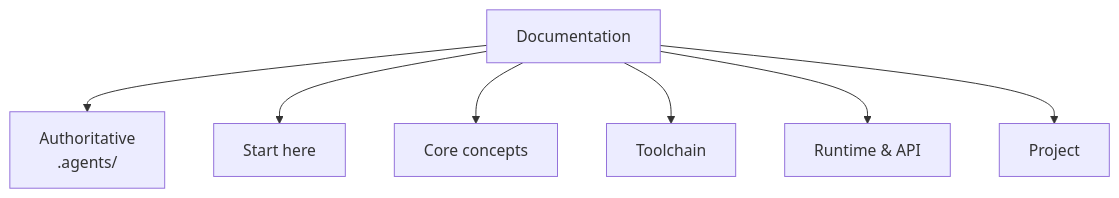
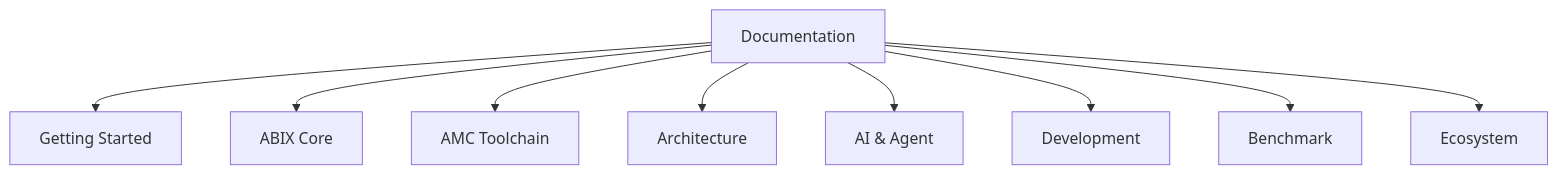
Before and after one commit to Sukanle/ABIX: the diagram in docs/README.md, drawn with Mermaid. The commit also changed other lines of this file and 72 other files, not shown here.

````diff
--- a/docs/README.md
+++ b/docs/README.md
@@ -9,9 +9,11 @@
 ```mermaid
 graph TD
-    R[Documentation] --> A[Authoritative<br>.agents/]
-    R --> S[Start here]
-    R --> C[Core concepts]
-    R --> T[Toolchain]
-    R --> X[Runtime &amp; API]
-    R --> P[Project]
+    R[Documentation] --> GS[Getting Started]
+    R --> AX[ABIX Core]
+    R --> AM[AMC Toolchain]
+    R --> AR[Architecture]
+    R --> AI[AI &amp; Agent]
+    R --> DV[Development]
+    R --> BM[Benchmark]
+    R --> EC[Ecosystem]
 ```
````
